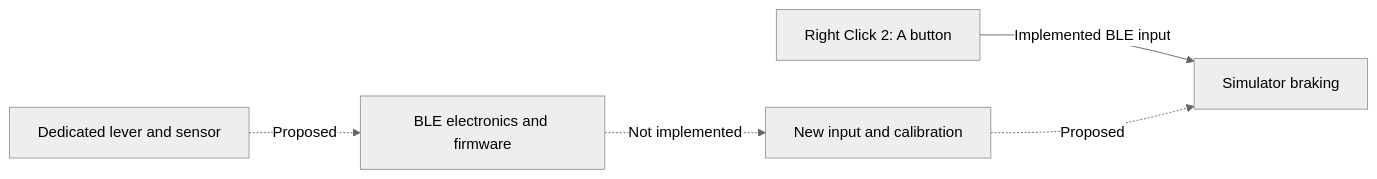
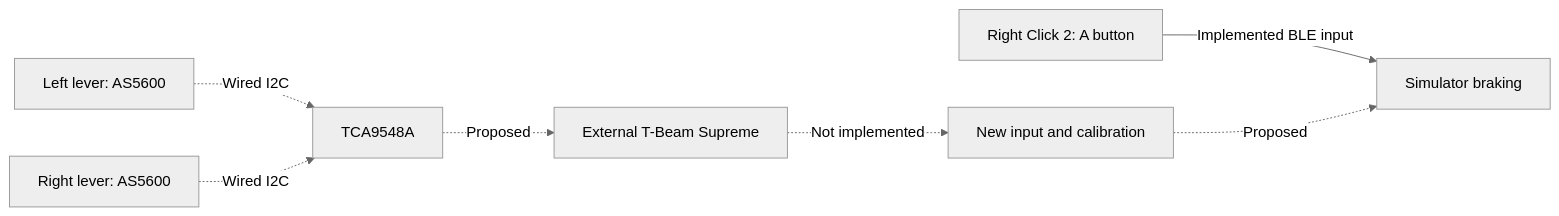
One commit to mfarre/mtb-indoor-bern changed the diagram in docs/bluetooth-brakes.md. Above: the diagram before and after it, drawn with Mermaid (neutral theme). The commit also changed other lines of this file and 10 other files, not shown here.

````diff
--- a/docs/bluetooth-brakes.md
+++ b/docs/bluetooth-brakes.md
@@ -27,7 +37,9 @@
 ```mermaid
 flowchart LR
     Click[Right Click 2: A button] -->|Implemented BLE input| Game[Simulator braking]
-    Lever[Dedicated lever and sensor] -. Proposed .-> Radio[BLE electronics and firmware]
+    Left[Left lever: AS5600] -. Wired I2C .-> Mux[TCA9548A]
+    Right[Right lever: AS5600] -. Wired I2C .-> Mux
+    Mux -. Proposed .-> Radio[External T-Beam Supreme]
     Radio -. Not implemented .-> Adapter[New input and calibration]
     Adapter -. Proposed .-> Game
 ```
````
